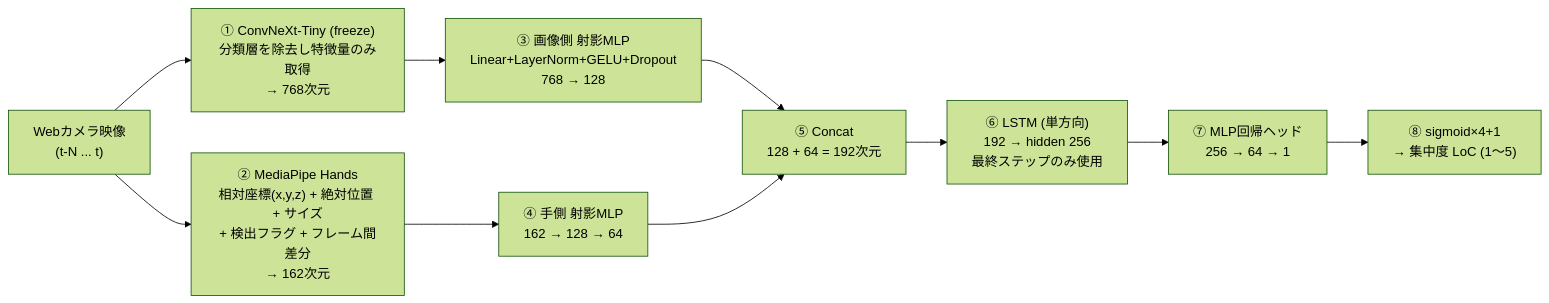
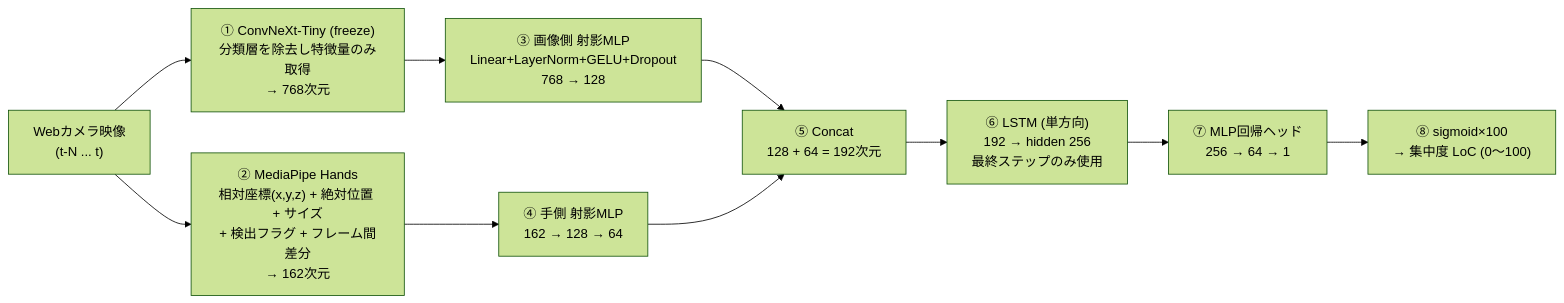
One commit to moriiwad326-lab/Online_study_room changed the first of 2 diagrams in README.md. Above: the diagram before and after it, drawn with Mermaid (forest theme). The commit also changed other lines of this file and 18 other files, not shown here.

````diff
--- a/README.md
+++ b/README.md
@@ -85,17 +85,17 @@
 ```mermaid
 flowchart LR
     F["Webカメラ映像\n(t-N ... t)"]
 
     F --> CN["① ConvNeXt-Tiny (freeze)\n分類層を除去し特徴量のみ取得\n→ 768次元"]
     F --> MP["② MediaPipe Hands\n相対座標(x,y,z) + 絶対位置 + サイズ\n+ 検出フラグ + フレーム間差分\n→ 162次元"]
 
     CN --> PI["③ 画像側 射影MLP\nLinear+LayerNorm+GELU+Dropout\n768 → 128"]
     MP --> PH["④ 手側 射影MLP\n162 → 128 → 64"]
 
     PI --> CAT["⑤ Concat\n128 + 64 = 192次元"]
     PH --> CAT
 
     CAT --> LSTM["⑥ LSTM (単方向)\n192 → hidden 256\n最終ステップのみ使用"]
     LSTM --> HEAD["⑦ MLP回帰ヘッド\n256 → 64 → 1"]
-    HEAD --> OUT["⑧ sigmoid×4+1\n→ 集中度 LoC (1〜5)"]
+    HEAD --> OUT["⑧ sigmoid×100\n→ 集中度 LoC (0〜100)"]
 ```
````
